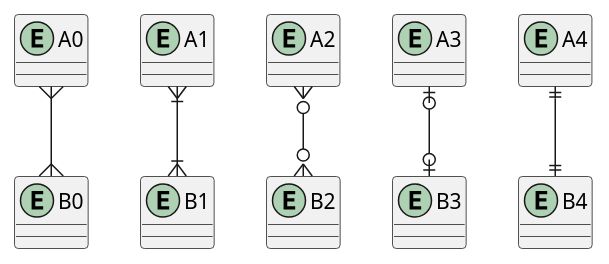
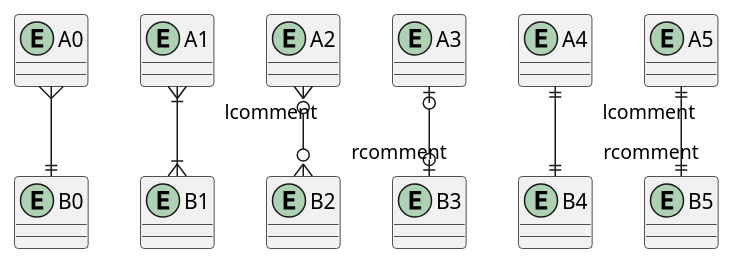
Before and after one commit to p-indriunas/antlr4-puml: the diagram in src/main/resources/sample.puml, drawn with PlantUML. The commit also changed 6 other files, not shown here.

Commit message:
PlantUML ER notation parser implemented

```diff
--- a/src/main/resources/sample.puml
+++ b/src/main/resources/sample.puml
@@ -1,23 +1,28 @@
-@startuml sample
+@startuml
 
 entity A0
 entity B0
-A0 }--{ B0
+A0 }--|| B0
 
 entity A1
 entity B1
-A1 }|--|{ B1
+A1}|--|{ B1
 
 entity A2
 entity B2
-A2 }o--o{ B2
+A2"lcomment"}o--o{ B2
 
 entity A3
 entity B3
-A3 |o--o| B3
+A3 |o--o|"rcomment"B3
 
 entity A4
 entity B4
-A4 ||--|| B4
+A4||--||                B4
+
+entity A5
+entity B5
+A5  "lcomment"     ||--||  "rcomment"  B5
+
 
 @enduml
```
